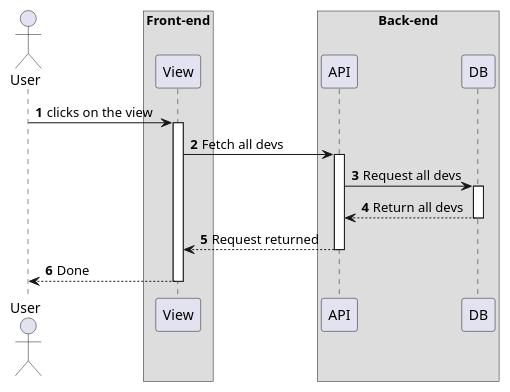
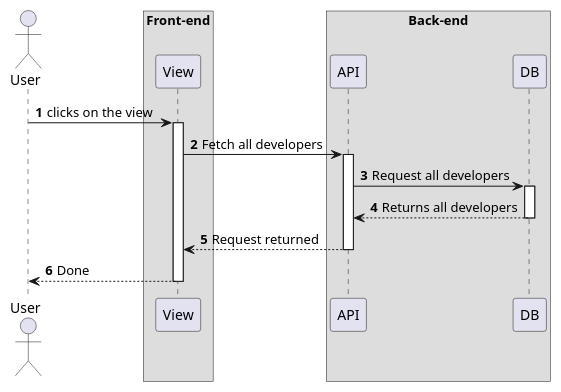
One commit to Loic-Jhs/deverr-back changed the diagram in docs/diagrams/sequencesDiagrams/request_all_devs_sequence.puml. Above: the diagram before and after it, drawn with PlantUML. The commit also changed 7 other files, not shown here.

```diff
--- a/docs/diagrams/sequencesDiagrams/request_all_devs_sequence.puml
+++ b/docs/diagrams/sequencesDiagrams/request_all_devs_sequence.puml
@@ -1,32 +1,32 @@
 @startuml
 autonumber
 
 actor User as U
 
 box "Front-end"
 participant View as A
 end box
 
 box "Back-end"
 participant API as B
 participant DB as C
 end box
 
 U -> A : clicks on the view
 activate A
 
-A -> B : Fetch all devs
+A -> B : Fetch all developers
 activate B
 
-B -> C : Request all devs
+B -> C : Request all developers
 activate C
 
-C  --> B : Return all devs
+C  --> B : Returns all developers
 deactivate C
 
 B --> A : Request returned
 deactivate B
 
 A --> U : Done
 deactivate A
 @enduml
```
